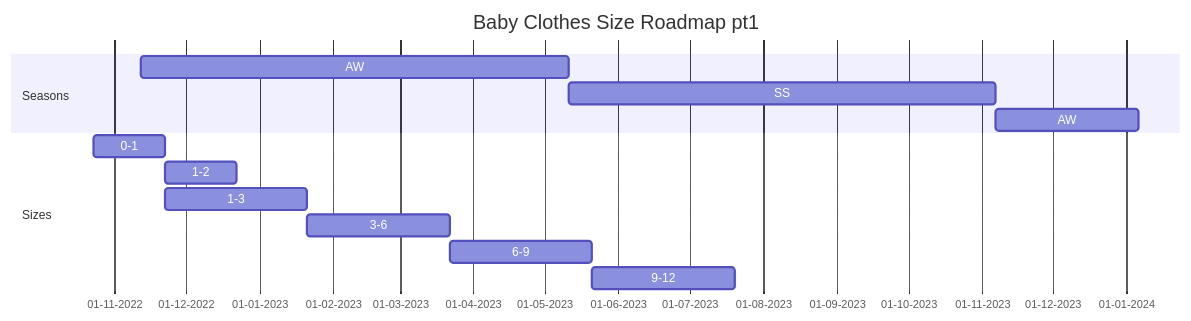
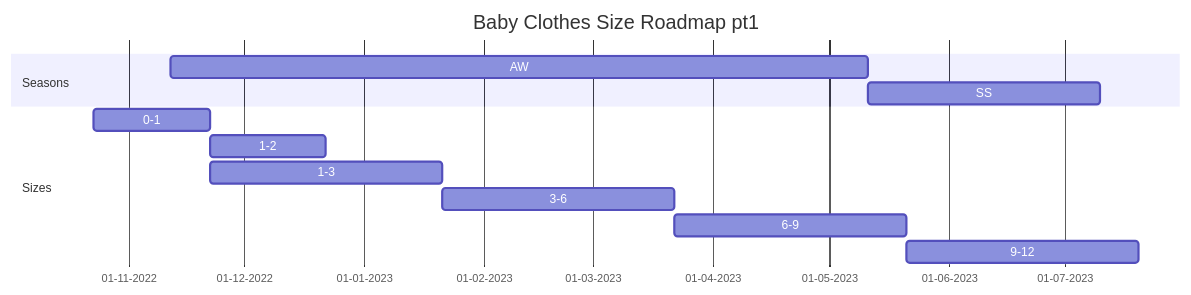
One commit to jnunoferreira/babythings changed the second of 3 diagrams in docs/babyclothes.md. Above: the diagram before and after it, drawn with Mermaid.

Commit message:
possibly perfect

````diff
--- a/docs/babyclothes.md
+++ b/docs/babyclothes.md
@@ -28,20 +28,19 @@
 ```mermaid
 gantt
     title Baby Clothes Size Roadmap pt1
     todayMarker off
     dateFormat  DD-MM-YYYY
     axisFormat  %d-%m-%Y
     section Seasons
     AW           :inv1, 12-11-2022, 180d
-    SS           :prim1, after inv1  , 180d
-    AW           :after prim1, 60d
+    SS           :prim1, after inv1  , 60d
     section Sizes
     0-1           :a2, 23-10-2022, 30d
     1-2           :after a2 , 30d
     1-3           :a3, after a2 , 60d
     3-6           :a4, after a3, 60d
     6-9           :a5, after a4, 60d
     9-12           :a6, after a5, 60d
 
     
 ```
````
